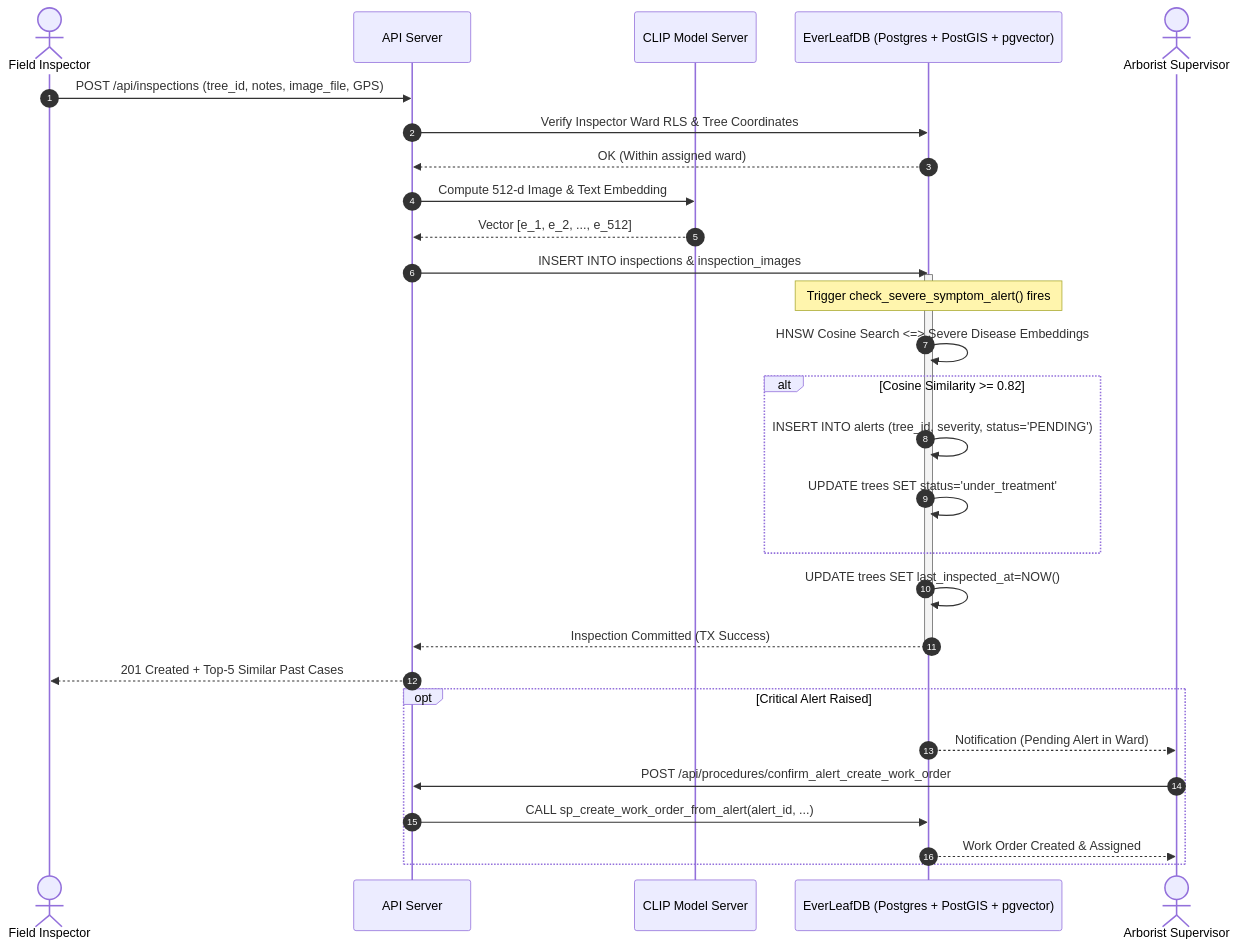
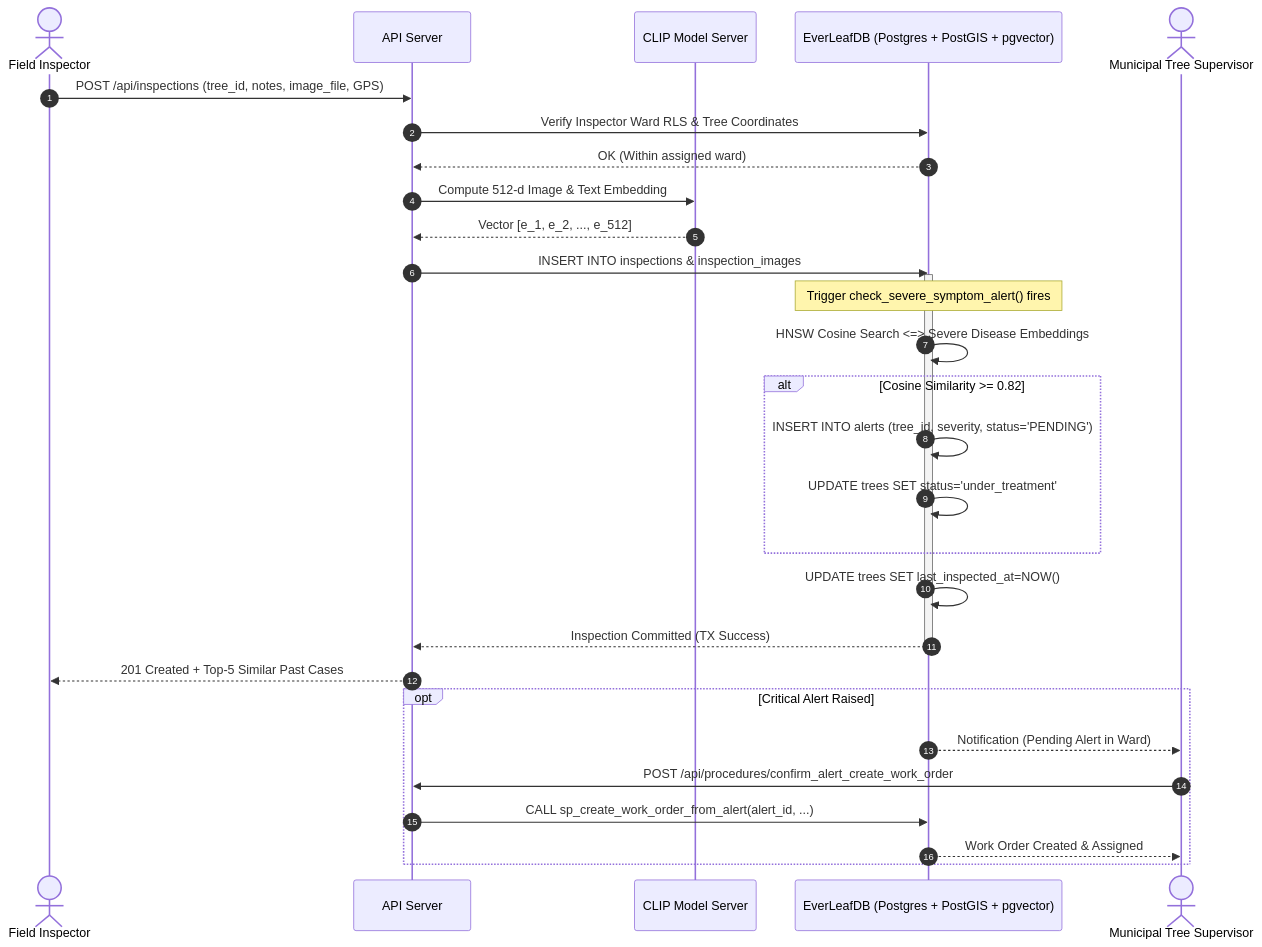
The second of 7 diagrams in README.md (karthik5033/EverLeafDB), drawn with Mermaid before and after one commit. The commit also changed other lines of this file and 3 other files, not shown here.

````diff
--- a/README.md
+++ b/README.md
@@ -148,34 +148,34 @@
 ```mermaid
 sequenceDiagram
     autonumber
     actor Inspector as Field Inspector
     participant App as API Server
     participant Model as CLIP Model Server
     participant DB as EverLeafDB (Postgres + PostGIS + pgvector)
-    actor Supervisor as Arborist Supervisor
+    actor Supervisor as Municipal Tree Supervisor
 
     Inspector->>App: POST /api/inspections (tree_id, notes, image_file, GPS)
     App->>DB: Verify Inspector Ward RLS & Tree Coordinates
     DB-->>App: OK (Within assigned ward)
     App->>Model: Compute 512-d Image & Text Embedding
     Model-->>App: Vector [e_1, e_2, ..., e_512]
     App->>DB: INSERT INTO inspections & inspection_images
     activate DB
     Note over DB: Trigger check_severe_symptom_alert() fires
     DB->>DB: HNSW Cosine Search <=> Severe Disease Embeddings
     alt Cosine Similarity >= 0.82
         DB->>DB: INSERT INTO alerts (tree_id, severity, status='PENDING')
         DB->>DB: UPDATE trees SET status='under_treatment'
     end
     DB->>DB: UPDATE trees SET last_inspected_at=NOW()
     DB-->>App: Inspection Committed (TX Success)
     deactivate DB
     App-->>Inspector: 201 Created + Top-5 Similar Past Cases
 
     opt Critical Alert Raised
         DB-->>Supervisor: Notification (Pending Alert in Ward)
         Supervisor->>App: POST /api/procedures/confirm_alert_create_work_order
         App->>DB: CALL sp_create_work_order_from_alert(alert_id, ...)
         DB-->>Supervisor: Work Order Created & Assigned
     end
 ```
````
